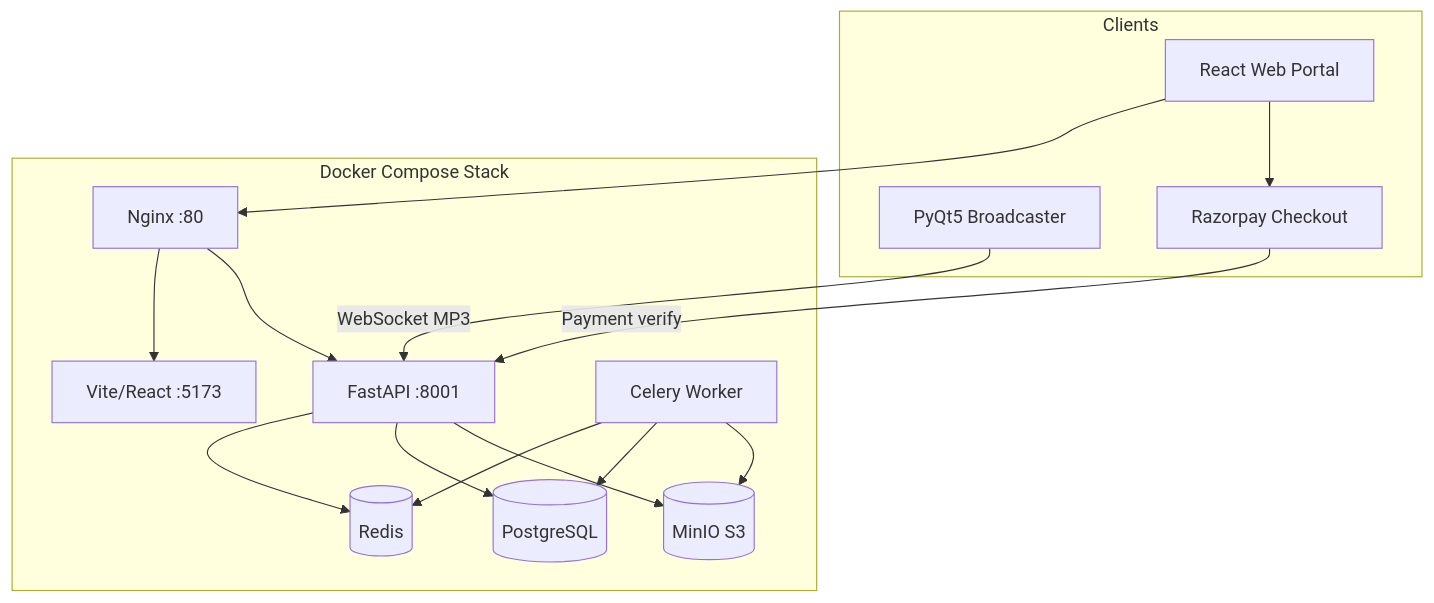
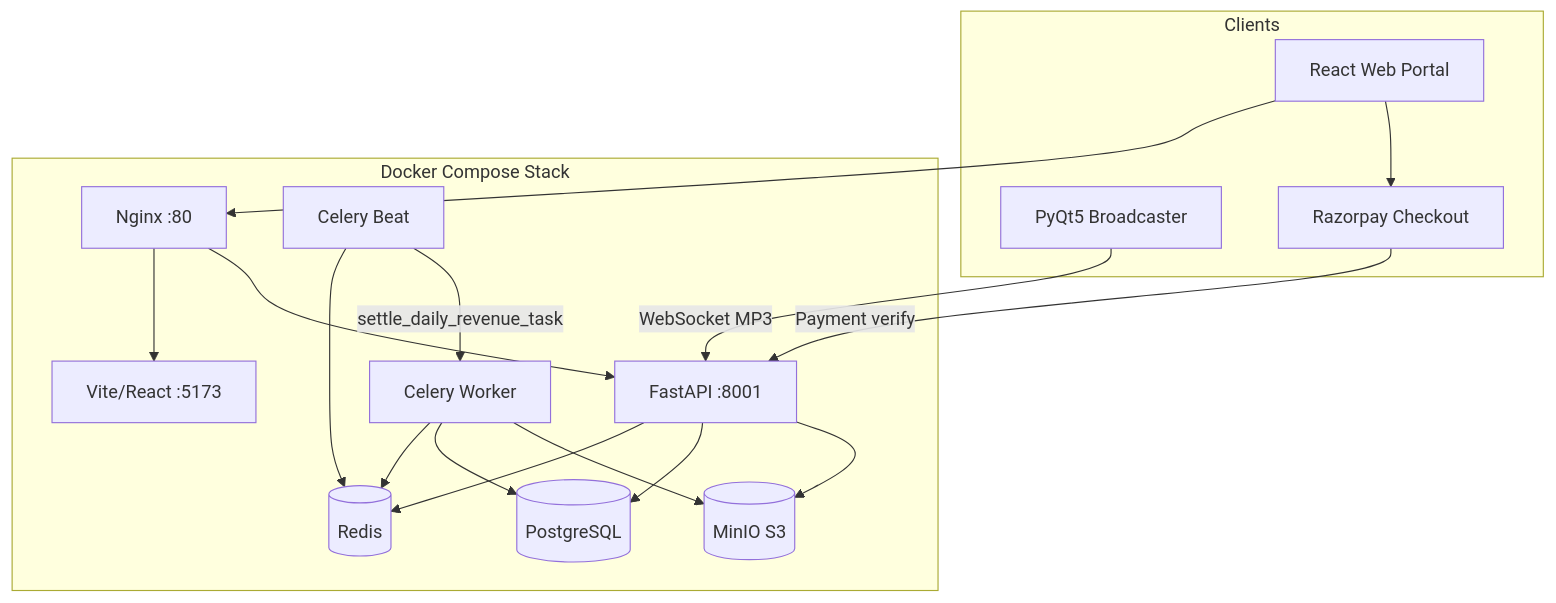
The diagram in README.md (charlsonpeter/verisonic), drawn with Mermaid before and after one commit. The commit also changed other lines of this file and 4 other files, not shown here.

````diff
--- a/README.md
+++ b/README.md
@@ -60,31 +64,34 @@
 ```mermaid
 graph TD
     subgraph Clients
         Browser[React Web Portal]
         Broadcaster[PyQt5 Broadcaster]
         Razorpay[Razorpay Checkout]
     end
 
     subgraph Docker Compose Stack
         Nginx[Nginx :80]
         Frontend[Vite/React :5173]
         Backend[FastAPI :8001]
         Worker[Celery Worker]
+        Beat[Celery Beat]
         Redis[(Redis)]
         Postgres[(PostgreSQL)]
         MinIO[(MinIO S3)]
     end
 
     Browser --> Nginx
     Broadcaster -->|WebSocket MP3| Backend
     Browser --> Razorpay
     Razorpay -->|Payment verify| Backend
     Nginx --> Frontend
     Nginx --> Backend
     Backend --> Redis
     Backend --> Postgres
     Backend --> MinIO
     Worker --> Redis
     Worker --> Postgres
     Worker --> MinIO
+    Beat --> Redis
+    Beat -->|settle_daily_revenue_task| Worker
 ```
````
